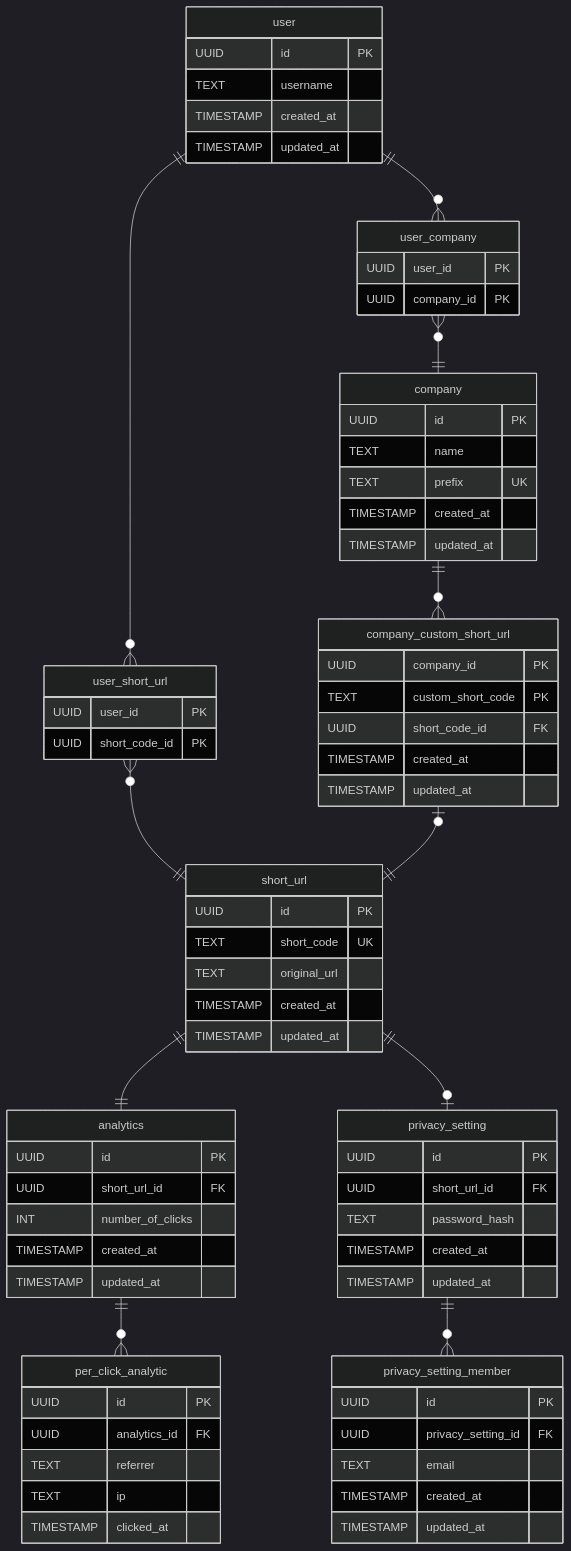
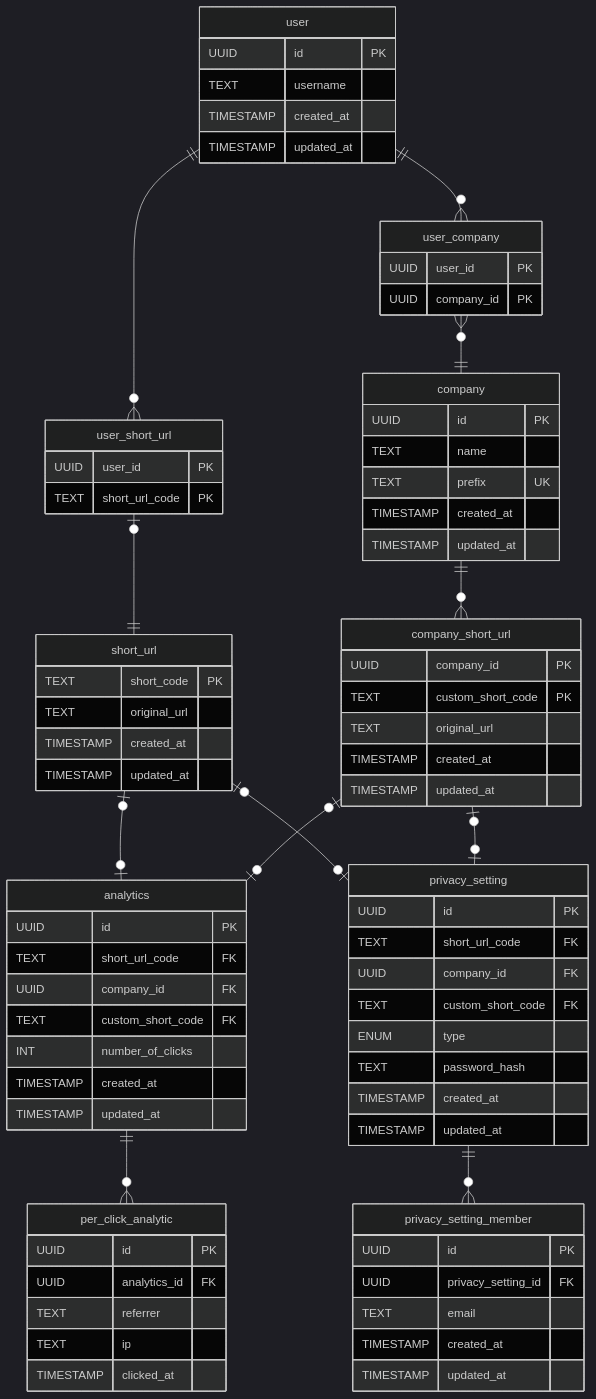
One commit to mlizandier/url-shortener changed the sixth of 6 diagrams in README.md. Above: the diagram before and after it, drawn with Mermaid (dark theme). The commit also changed other lines of this file and 2 other files, not shown here.

````diff
--- a/README.md
+++ b/README.md
@@ -198,76 +201,81 @@
 ```mermaid
 erDiagram
     user ||--o{ user_short_url: ""
-    user_short_url }o--|| short_url: ""
-    short_url ||--|| analytics : ""
+    user_short_url |o--|| short_url: ""
+    short_url |o--o| analytics : ""
     analytics ||--o{ per_click_analytic : ""
-    short_url ||--o| privacy_setting : ""
+    short_url |o--o| privacy_setting : ""
     privacy_setting ||--o{ privacy_setting_member : ""
     user ||--o{ user_company : ""
     user_company }o--|| company : ""
-    company ||--o{ company_custom_short_url : ""
-    company_custom_short_url |o--|| short_url : ""
+    company ||--o{ company_short_url : ""
+    company_short_url |o--o| analytics : ""
+    company_short_url |o--o| privacy_setting : ""
     user {
         UUID id PK
         TEXT username
         TIMESTAMP created_at
         TIMESTAMP updated_at
     }
     user_company {
         UUID user_id PK
         UUID company_id PK
     }
     user_short_url {
         UUID user_id PK
-        UUID short_code_id PK
+        TEXT short_url_code PK
     }
     short_url {
-        UUID id PK
-        TEXT short_code UK
+        TEXT short_code PK
         TEXT original_url
         TIMESTAMP created_at
         TIMESTAMP updated_at
     }
     analytics {
         UUID id PK
-        UUID short_url_id FK
+        TEXT short_url_code FK
+        UUID company_id FK
+        TEXT custom_short_code FK
         INT number_of_clicks
         TIMESTAMP created_at
         TIMESTAMP updated_at
     }
     per_click_analytic {
         UUID id PK
         UUID analytics_id FK
         TEXT referrer
         TEXT ip
         TIMESTAMP clicked_at
     }
     privacy_setting {
         UUID id PK
-        UUID short_url_id FK
+        TEXT short_url_code FK
+        UUID company_id FK
+        TEXT custom_short_code FK
+        ENUM type
         TEXT password_hash
         TIMESTAMP created_at
         TIMESTAMP updated_at
     }
     privacy_setting_member {
         UUID id PK
         UUID privacy_setting_id FK
         TEXT email
         TIMESTAMP created_at
         TIMESTAMP updated_at
     }
     company {
         UUID id PK
         TEXT name
         TEXT prefix UK
         TIMESTAMP created_at
         TIMESTAMP updated_at
     }
-    company_custom_short_url {
+    company_short_url {
         UUID company_id PK
         TEXT custom_short_code PK
-        UUID short_code_id FK
+        TEXT original_url
         TIMESTAMP created_at
         TIMESTAMP updated_at
     }
 ```
````
